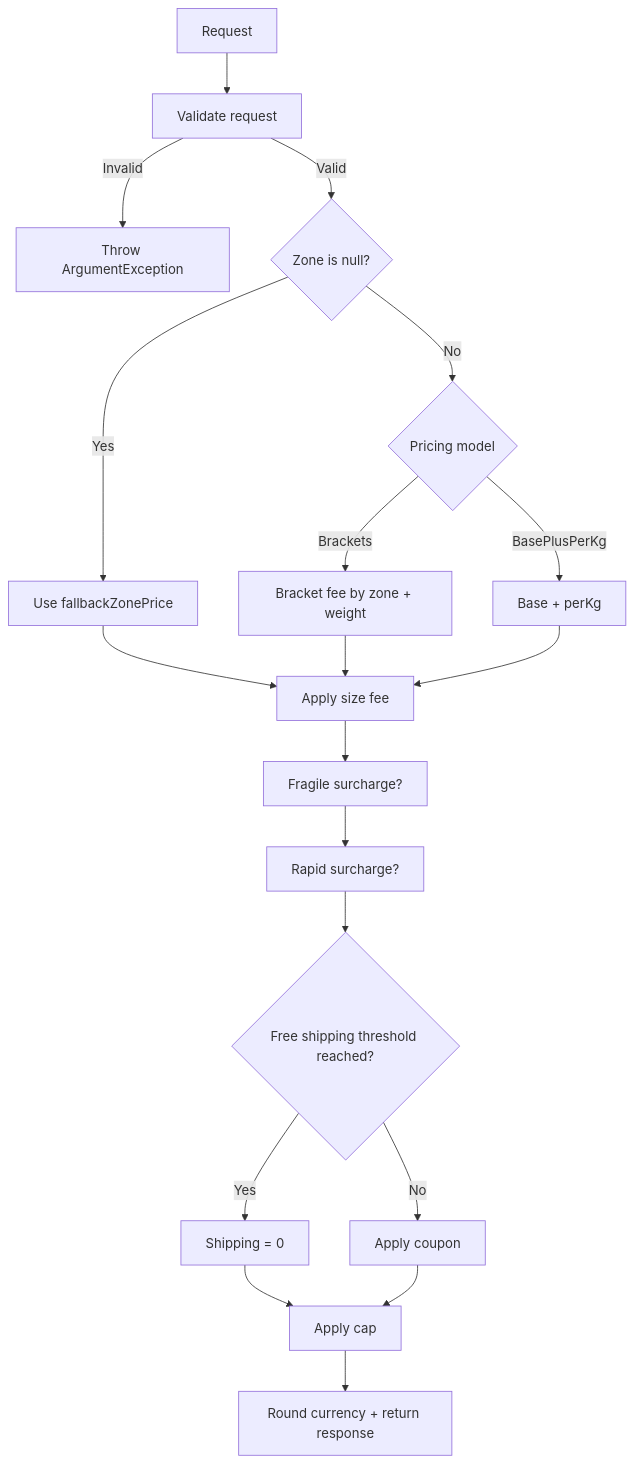
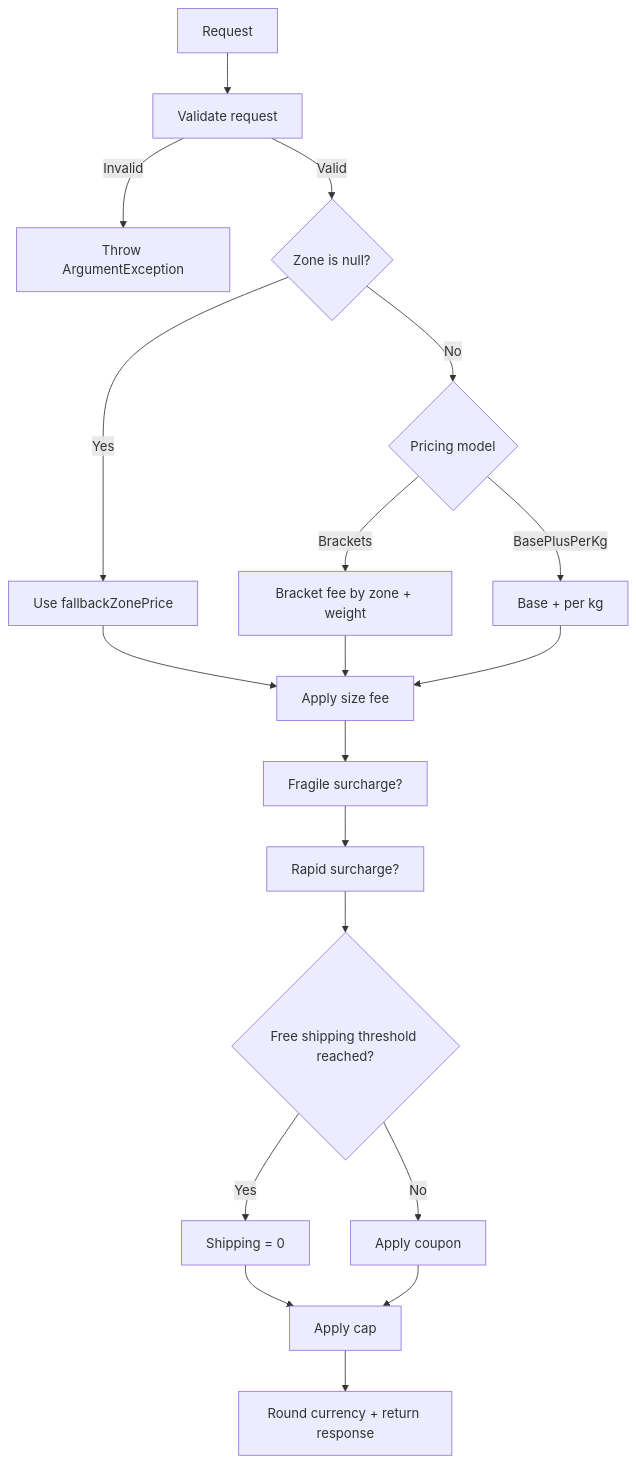
Before and after one commit to dimaflorinalex/ProiectTSS: the third of 7 diagrams in README.md, drawn with Mermaid. The commit also changed other lines of this file and 63 other files, not shown here.

````diff
--- a/README.md
+++ b/README.md
@@ -37,21 +122,21 @@
 ```mermaid
 flowchart TD
     A[Request] --> B[Validate request]
     B -->|Invalid| E[Throw ArgumentException]
     B -->|Valid| C{Zone is null?}
     C -->|Yes| F[Use fallbackZonePrice]
     C -->|No| D{Pricing model}
     D -->|Brackets| G[Bracket fee by zone + weight]
-    D -->|BasePlusPerKg| H[Base + perKg]
+    D -->|BasePlusPerKg| H[Base + per kg]
     F --> I[Apply size fee]
     G --> I
     H --> I
     I --> J[Fragile surcharge?]
     J --> K[Rapid surcharge?]
     K --> L{Free shipping threshold reached?}
     L -->|Yes| M[Shipping = 0]
     L -->|No| N[Apply coupon]
     M --> O[Apply cap]
     N --> O
     O --> P[Round currency + return response]
 ```
````
